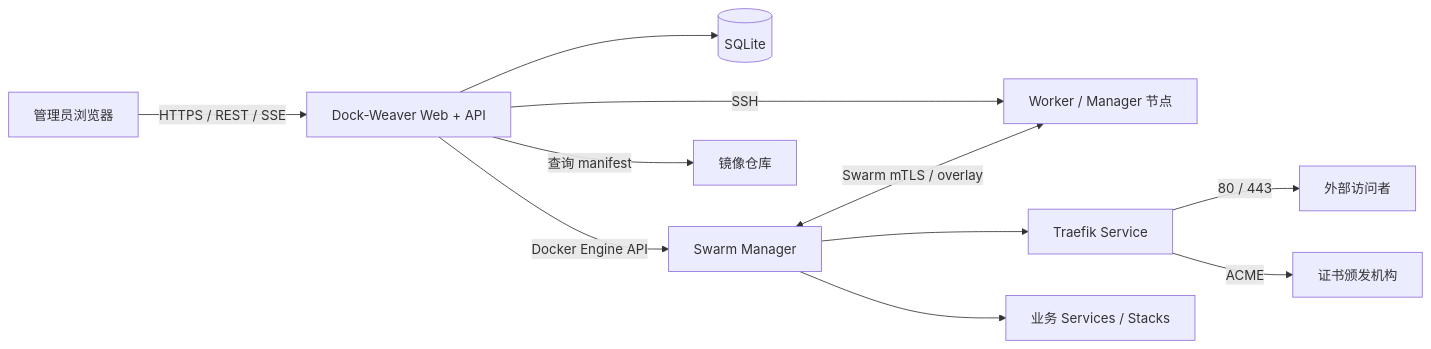
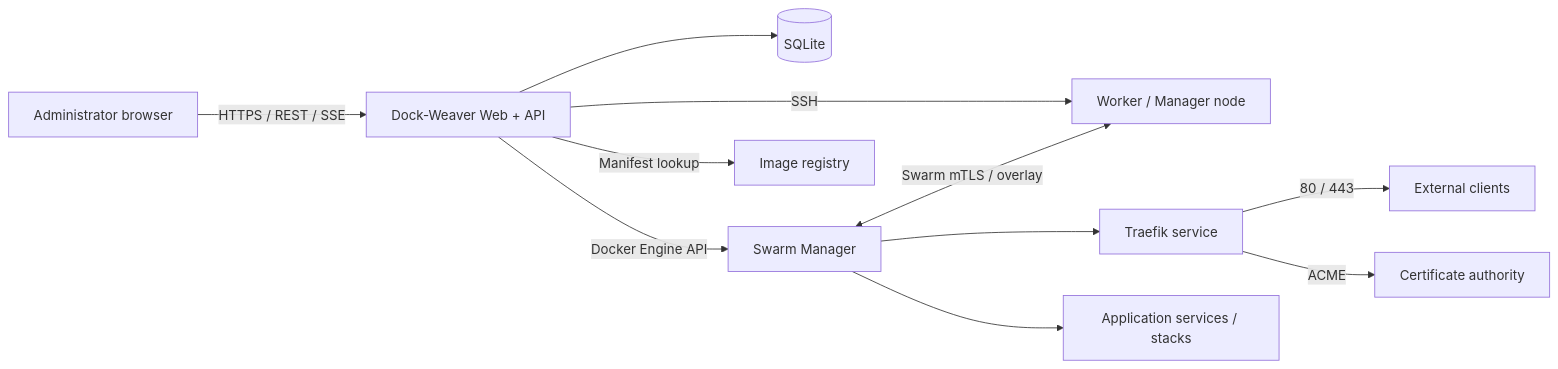
Before and after one commit to nectarops/nectar: the diagram in docs/PRODUCT_AND_TECHNICAL_PLAN.md, drawn with Mermaid. The commit also changed other lines of this file and 93 other files, not shown here.

````diff
--- a/docs/PRODUCT_AND_TECHNICAL_PLAN.md
+++ b/docs/PRODUCT_AND_TECHNICAL_PLAN.md
@@ -151,13 +155,13 @@
 ```mermaid
 flowchart LR
-    U[管理员浏览器] -->|HTTPS / REST / SSE| W[Dock-Weaver Web + API]
+    U[Administrator browser] -->|HTTPS / REST / SSE| W[Dock-Weaver Web + API]
     W --> DB[(SQLite)]
     W -->|Docker Engine API| S[Swarm Manager]
-    W -->|SSH| N1[Worker / Manager 节点]
-    W -->|查询 manifest| R[镜像仓库]
-    S --> T[Traefik Service]
-    S --> A[业务 Services / Stacks]
-    T -->|80 / 443| C[外部访问者]
-    T -->|ACME| LE[证书颁发机构]
+    W -->|SSH| N1[Worker / Manager node]
+    W -->|Manifest lookup| R[Image registry]
+    S --> T[Traefik service]
+    S --> A[Application services / stacks]
+    T -->|80 / 443| C[External clients]
+    T -->|ACME| LE[Certificate authority]
     S <-->|Swarm mTLS / overlay| N1
 ```
````
